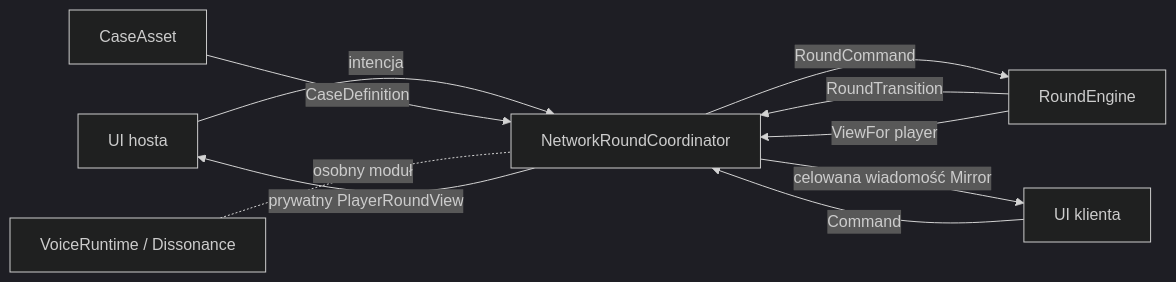
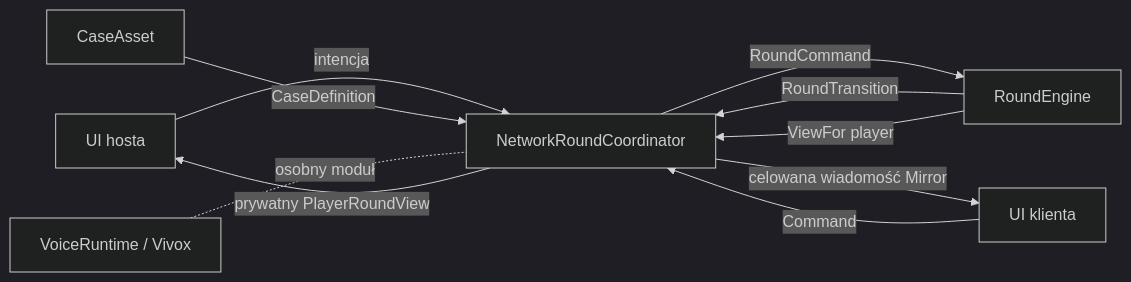
The diagram in docs/architecture/MVP-ARCHITECTURE.md (mantczak04/interrogation-room), drawn with Mermaid (dark theme) before and after one commit. The commit also changed other lines of this file and 10 other files, not shown here.

Commit message:
Integrate Vivox spatial voice

````diff
--- a/docs/architecture/MVP-ARCHITECTURE.md
+++ b/docs/architecture/MVP-ARCHITECTURE.md
@@ -63,12 +63,12 @@
 ```mermaid
 flowchart LR
     HostUI["UI hosta"] -->|intencja| Coordinator["NetworkRoundCoordinator"]
     RemoteUI["UI klienta"] -->|Command| Coordinator
     Coordinator -->|RoundCommand| Engine["RoundEngine"]
     Engine -->|RoundTransition| Coordinator
     Engine -->|ViewFor player| Coordinator
     Coordinator -->|prywatny PlayerRoundView| HostUI
     Coordinator -->|celowana wiadomość Mirror| RemoteUI
     CaseAsset["CaseAsset"] -->|CaseDefinition| Coordinator
-    Voice["VoiceRuntime / Dissonance"] -. "osobny moduł" .- Coordinator
+    Voice["VoiceRuntime / Vivox"] -. "osobny moduł" .- Coordinator
 ```
````
